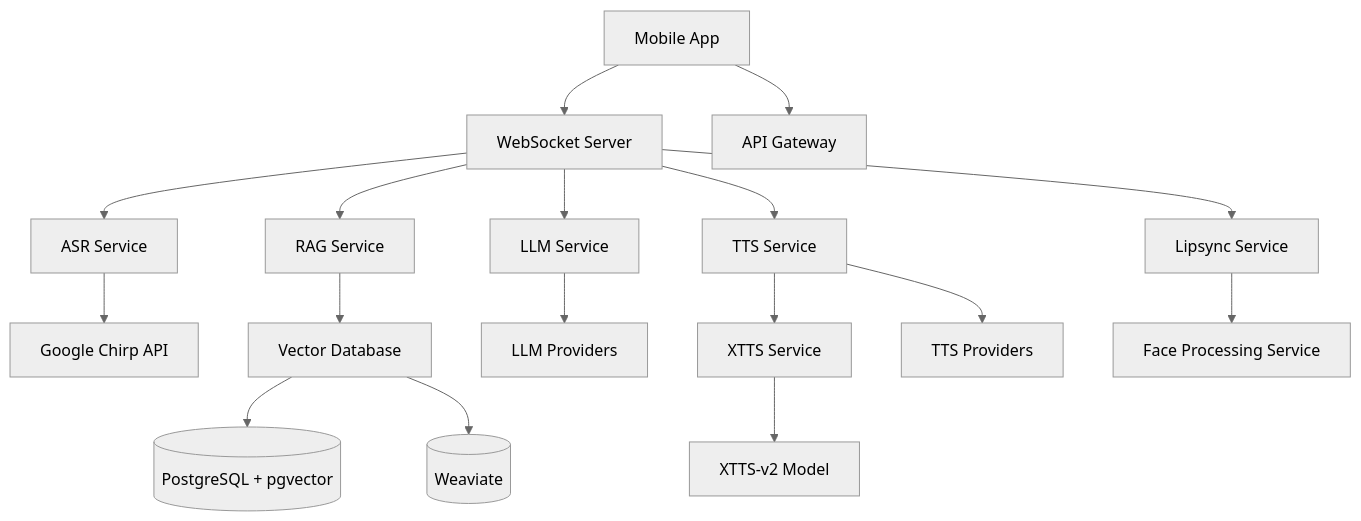
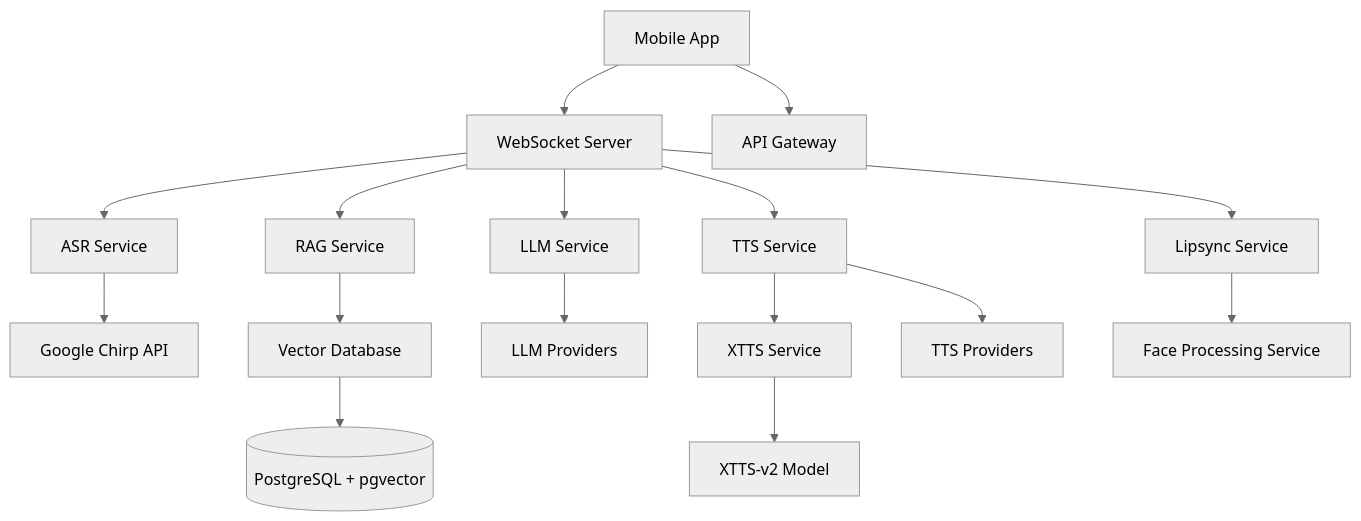
One commit to ismailqau/digitwin-live changed the diagram in services/README.md. Above: the diagram before and after it, drawn with Mermaid (neutral theme). The commit also changed other lines of this file and 14 other files, not shown here.

````diff
--- a/services/README.md
+++ b/services/README.md
@@ -101,22 +100,21 @@
 ```mermaid
 graph TD
     A[Mobile App] --> B[WebSocket Server]
     A --> C[API Gateway]
 
     B --> D[ASR Service]
     B --> E[RAG Service]
     B --> F[LLM Service]
     B --> G[TTS Service]
     B --> H[Lipsync Service]
 
     D --> I[Google Chirp API]
     E --> J[Vector Database]
     F --> K[LLM Providers]
     G --> L[XTTS Service]
     G --> M[TTS Providers]
     H --> N[Face Processing Service]
 
     L --> O[XTTS-v2 Model]
     J --> P[(PostgreSQL + pgvector)]
-    J --> Q[(Weaviate)]
 ```
````
